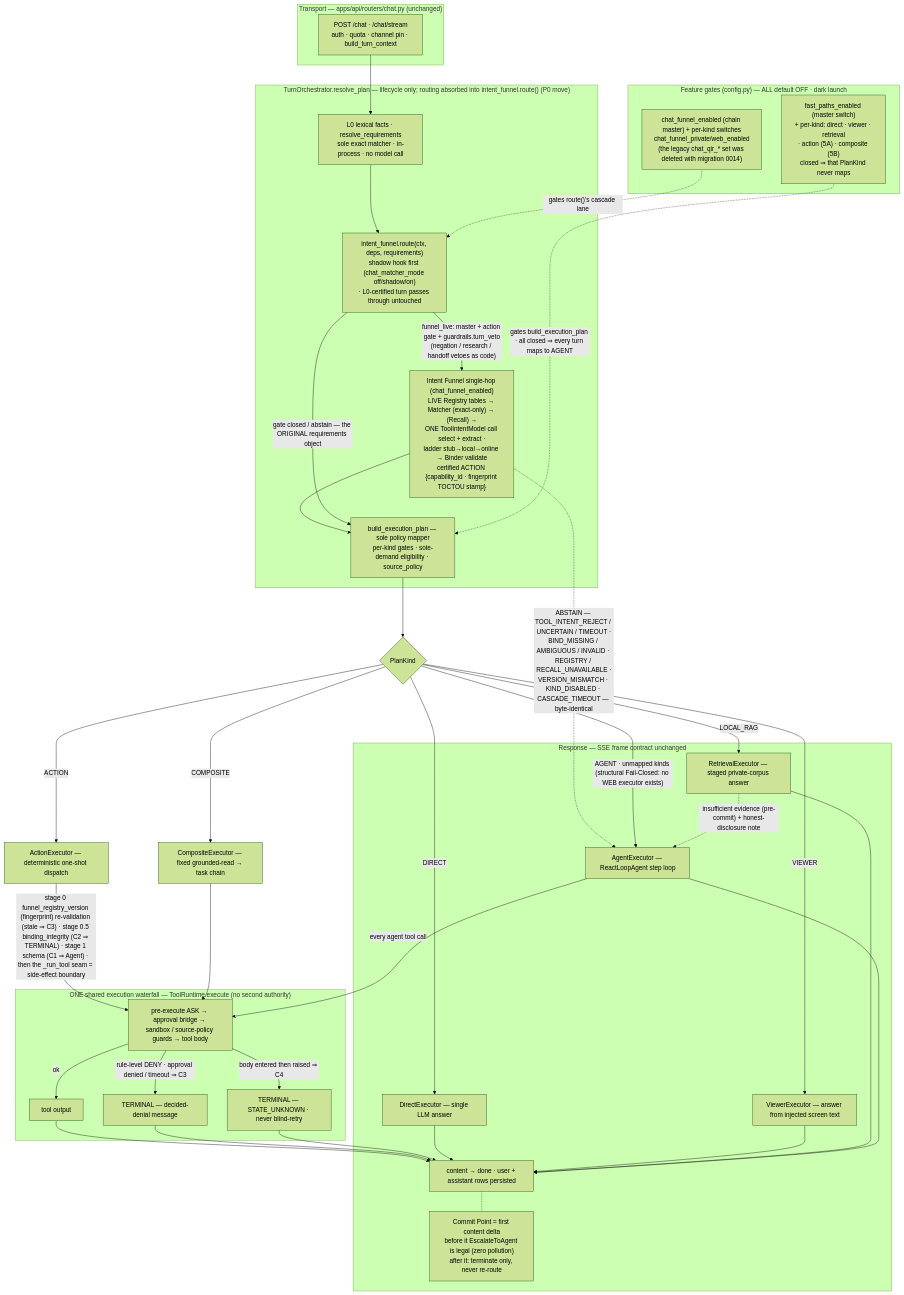
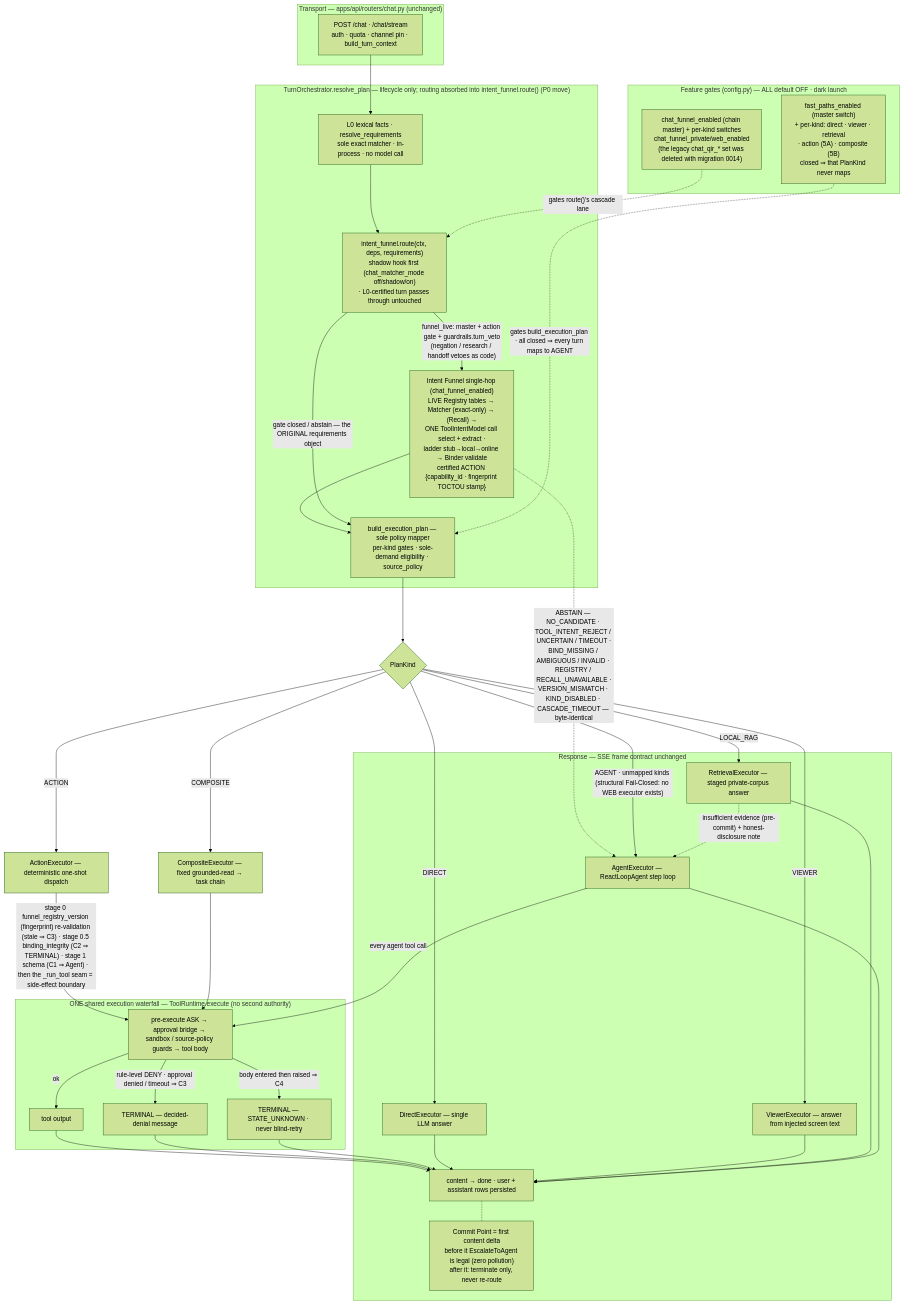
One commit to Eric-LLMs/DeepDive changed the sixth of 7 diagrams in docs/architecture-diagrams.md. Above: the diagram before and after it, drawn with Mermaid (forest theme). The commit also changed other lines of this file and 24 other files, not shown here.

````diff
--- a/docs/architecture-diagrams.md
+++ b/docs/architecture-diagrams.md
@@ -304,60 +304,60 @@
 ```mermaid
 flowchart TB
     %% Invariants: fast-path fallbacks are byte-identical · the Agent is never a recovery channel
     %% for C2/C3/C4 · the commit point (first content delta) locks the channel · gates default OFF.
 
     subgraph transport["Transport — apps/api/routers/chat.py (unchanged)"]
         AUTH["POST /chat · /chat/stream<br/>auth · quota · channel pin · build_turn_context"]
     end
 
     subgraph resolve["TurnOrchestrator.resolve_plan — lifecycle only; routing absorbed into intent_funnel.route() (P0 move)"]
         L0["L0 lexical facts · resolve_requirements<br/>sole exact matcher · in-process · no model call"]
         RT["intent_funnel.route(ctx, deps, requirements)<br/>shadow hook first (chat_matcher_mode off/shadow/on)<br/>· L0-certified turn passes through untouched"]
         FN["Intent Funnel single-hop (chat_funnel_enabled)<br/>LIVE Registry tables → Matcher (exact-only) → (Recall) →<br/>ONE ToolIntentModel call select + extract ·<br/>ladder stub→local→online → Binder validate<br/>certified ACTION {capability_id · fingerprint TOCTOU stamp}"]
         MAP["build_execution_plan — sole policy mapper<br/>per-kind gates · sole-demand eligibility · source_policy"]
         L0 --> RT
         RT -- "funnel_live: master + action gate + guardrails.turn_veto<br/>(negation / research / handoff vetoes as code)" --> FN --> MAP
         RT -- "gate closed / abstain — the ORIGINAL requirements object" --> MAP
     end
 
     AUTH --> L0
-    FN -. "ABSTAIN — TOOL_INTENT_REJECT / UNCERTAIN / TIMEOUT ·<br/>BIND_MISSING / AMBIGUOUS / INVALID · REGISTRY / RECALL_UNAVAILABLE ·<br/>VERSION_MISMATCH · KIND_DISABLED · CASCADE_TIMEOUT — byte-identical" .-> AG
+    FN -. "ABSTAIN — NO_CANDIDATE · TOOL_INTENT_REJECT / UNCERTAIN / TIMEOUT ·<br/>BIND_MISSING / AMBIGUOUS / INVALID · REGISTRY / RECALL_UNAVAILABLE ·<br/>VERSION_MISMATCH · KIND_DISABLED · CASCADE_TIMEOUT — byte-identical" .-> AG
 
     subgraph gates["Feature gates (config.py) — ALL default OFF · dark launch"]
         GQ["chat_funnel_enabled (chain master) + per-kind switches<br/>chat_funnel_private/web_enabled<br/>(the legacy chat_qir_* set was deleted with migration 0014)"]
         GF["fast_paths_enabled (master switch)<br/>+ per-kind: direct · viewer · retrieval<br/>· action (5A) · composite (5B)<br/>closed ⇒ that PlanKind never maps"]
     end
     GQ -. "gates route()'s cascade lane" .-> RT
     GF -. "gates build_execution_plan · all closed ⇒ every turn maps to AGENT" .-> MAP
 
     MAP --> K{"PlanKind"}
     K -- DIRECT --> DEX["DirectExecutor — single LLM answer"]
     K -- VIEWER --> VEX["ViewerExecutor — answer from injected screen text"]
     K -- LOCAL_RAG --> REX["RetrievalExecutor — staged private-corpus answer"]
     K -- ACTION --> AEX["ActionExecutor — deterministic one-shot dispatch"]
     K -- COMPOSITE --> CEX["CompositeExecutor — fixed grounded-read → task chain"]
     K -- "AGENT · unmapped kinds (structural Fail-Closed: no WEB executor exists)" --> AG["AgentExecutor — ReactLoopAgent step loop"]
 
     subgraph governance["ONE shared execution waterfall — ToolRuntime.execute (no second authority)"]
         RW["pre-execute ASK → approval bridge → sandbox / source-policy guards → tool body"]
         RW -- "rule-level DENY · approval denied / timeout ⇒ C3" --> TD["TERMINAL — decided-denial message"]
         RW -- "body entered then raised ⇒ C4" --> TU["TERMINAL — STATE_UNKNOWN · never blind-retry"]
         RW -- ok --> OUT["tool output"]
     end
 
     AEX -- "stage 0 funnel_registry_version (fingerprint) re-validation (stale ⇒ C3) · stage 0.5 binding_integrity (C2 ⇒ TERMINAL) · stage 1 schema (C1 ⇒ Agent) · then the _run_tool seam = side-effect boundary" --> RW
     CEX --> RW
     AG -- "every agent tool call" --> RW
     REX -. "insufficient evidence (pre-commit) + honest-disclosure note" .-> AG
 
     subgraph stream["Response — SSE frame contract unchanged"]
         OUT --> DONE["content → done · user + assistant rows persisted"]
         TD --> DONE
         TU --> DONE
         DEX --> DONE
         VEX --> DONE
         REX --> DONE
         AG --> DONE
         DONE -.- CP["Commit Point = first content delta<br/>before it EscalateToAgent is legal (zero pollution)<br/>after it: terminate only, never re-route"]
     end
 ```
````
